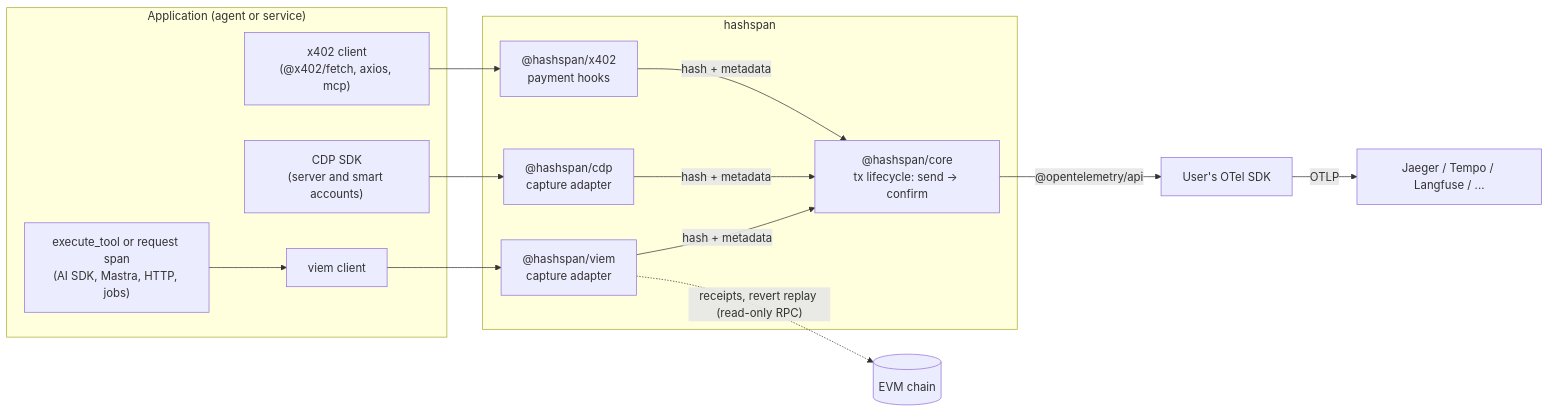
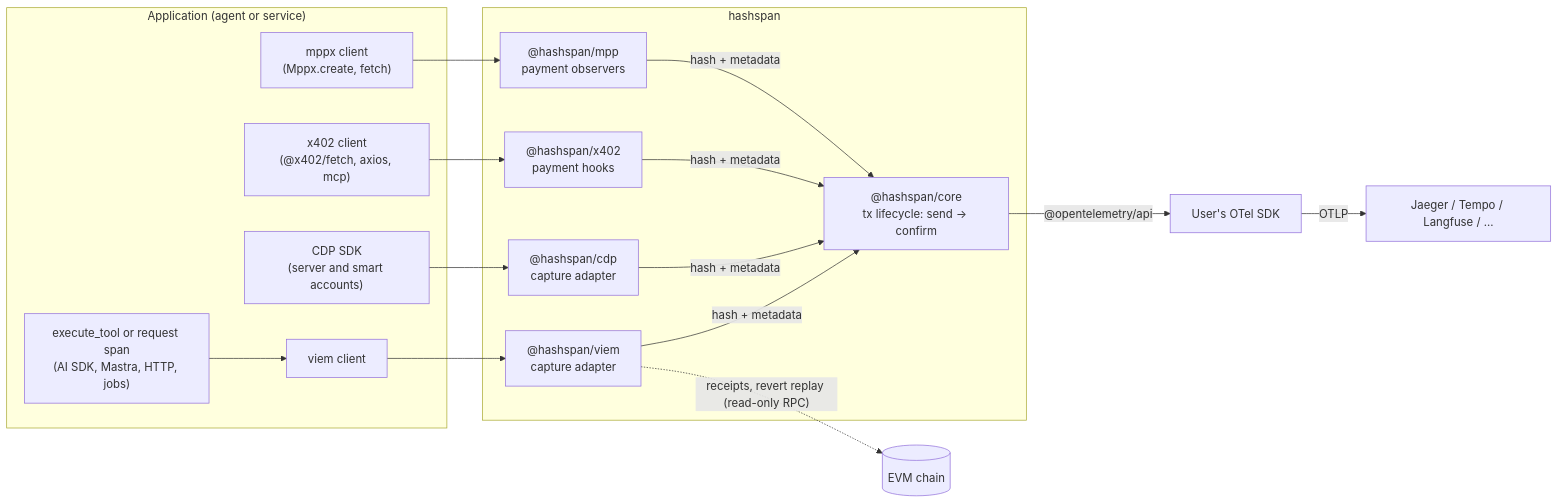
Before and after one commit to selimaytac/hashspan: the diagram in docs/architecture.md, drawn with Mermaid. The commit also changed other lines of this file and 60 other files, not shown here.

First line of the commit message:
feat(mpp): trace MPP payments made with mppx as payment spans (#450)

````diff
--- a/docs/architecture.md
+++ b/docs/architecture.md
@@ -3,21 +3,24 @@
 ```mermaid
 flowchart LR
   subgraph App["Application (agent or service)"]
     Tool["execute_tool or request span<br/>(AI SDK, Mastra, HTTP, jobs)"]
     Viem["viem client"]
     CDP["CDP SDK<br/>(server and smart accounts)"]
     X402["x402 client<br/>(@x402/fetch, axios, mcp)"]
+    MPPX["mppx client<br/>(Mppx.create, fetch)"]
   end
   subgraph Lib["hashspan"]
     VA["@hashspan/viem<br/>capture adapter"]
     CA["@hashspan/cdp<br/>capture adapter"]
     XA["@hashspan/x402<br/>payment hooks"]
+    MA["@hashspan/mpp<br/>payment observers"]
     Core["@hashspan/core<br/>tx lifecycle: send → confirm"]
   end
   Tool --> Viem --> VA
   CDP --> CA
   X402 --> XA
-  VA & CA & XA -- "hash + metadata" --> Core
+  MPPX --> MA
+  VA & CA & XA & MA -- "hash + metadata" --> Core
   Core -- "@opentelemetry/api" --> SDK["User's OTel SDK"] -- OTLP --> BE["Jaeger / Tempo / Langfuse / ..."]
   VA -. "receipts, revert replay (read-only RPC)" .-> Chain[("EVM chain")]
 ```
````
